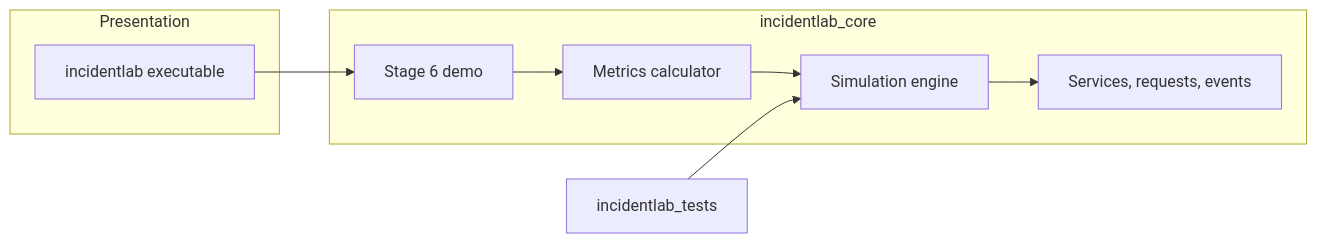
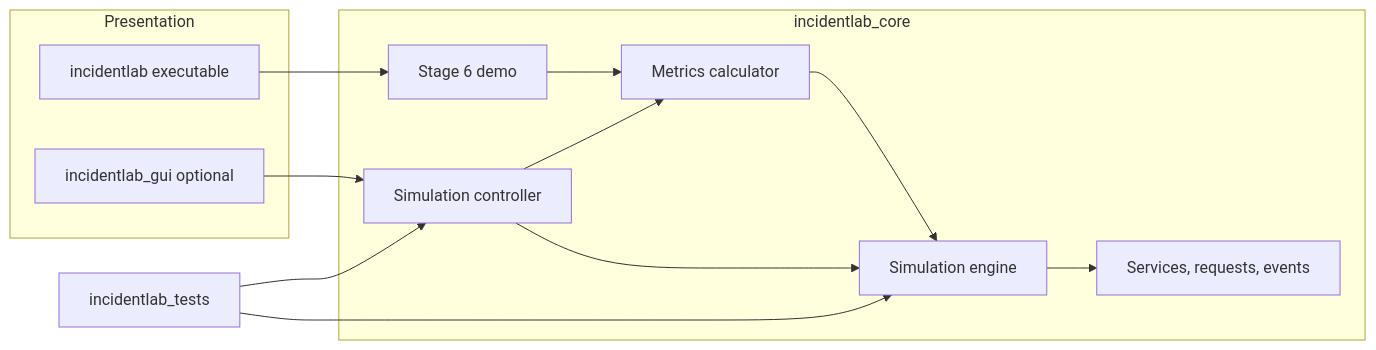
Before and after one commit to IG1234567/incidentLab: the first of 2 diagrams in README.md, drawn with Mermaid. The commit also changed other lines of this file and 12 other files, not shown here.

````diff
--- a/README.md
+++ b/README.md
@@ -116,21 +118,27 @@
 ```mermaid
 flowchart LR
     subgraph presentation [Presentation]
         App["incidentlab executable"]
+        Gui["incidentlab_gui optional"]
     end
 
     subgraph core [incidentlab_core]
         Demo["Stage 6 demo"]
+        Controller["Simulation controller"]
         Metrics["Metrics calculator"]
         Engine["Simulation engine"]
         Domain["Services, requests, events"]
     end
 
     Tests["incidentlab_tests"]
 
     App --> Demo
+    Gui --> Controller
+    Controller --> Engine
+    Controller --> Metrics
     Demo --> Metrics
     Metrics --> Engine
     Engine --> Domain
     Tests --> Engine
+    Tests --> Controller
 ```
````
